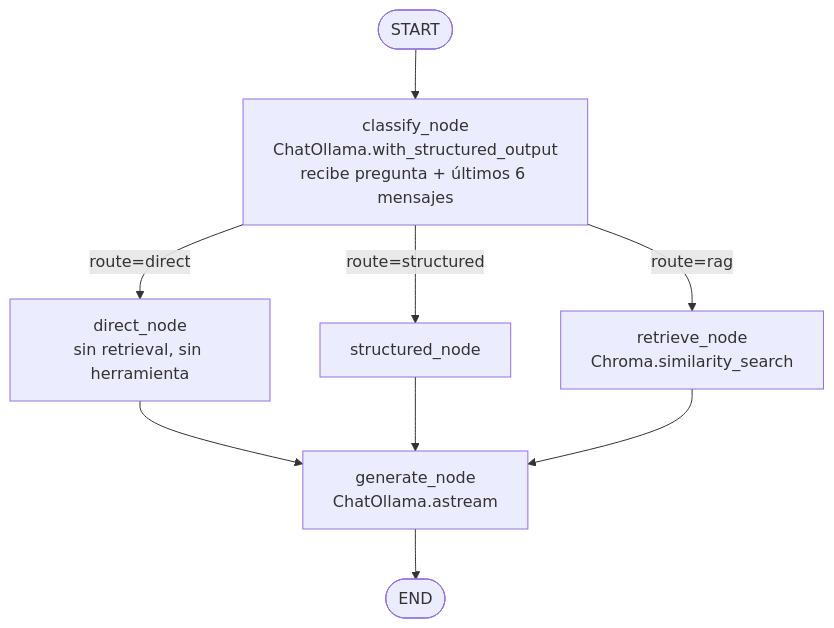
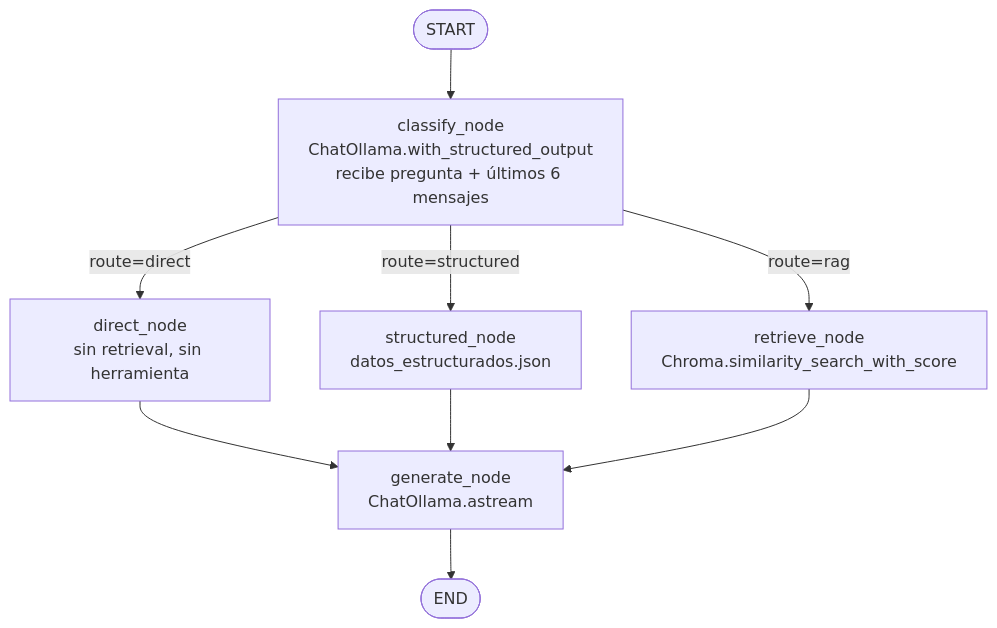
One commit to dimarior/tq_chatbot changed the third of 4 diagrams in README.md. Above: the diagram before and after it, drawn with Mermaid. The commit also changed other lines of this file and 1 other file, not shown here.

````diff
--- a/README.md
+++ b/README.md
@@ -257,11 +290,11 @@
 ```mermaid
 flowchart TD
     START([START]) --> CL[classify_node<br/>ChatOllama.with_structured_output<br/>recibe pregunta + últimos 6 mensajes]
     CL -->|route=direct| DR[direct_node<br/>sin retrieval, sin herramienta]
-    CL -->|route=structured| ST[structured_node]
-    CL -->|route=rag| RT[retrieve_node<br/>Chroma.similarity_search]
+    CL -->|route=structured| ST[structured_node<br/>datos_estructurados.json]
+    CL -->|route=rag| RT[retrieve_node<br/>Chroma.similarity_search_with_score]
     DR --> GN[generate_node<br/>ChatOllama.astream]
     ST --> GN
     RT --> GN
     GN --> END([END])
 ```
````
